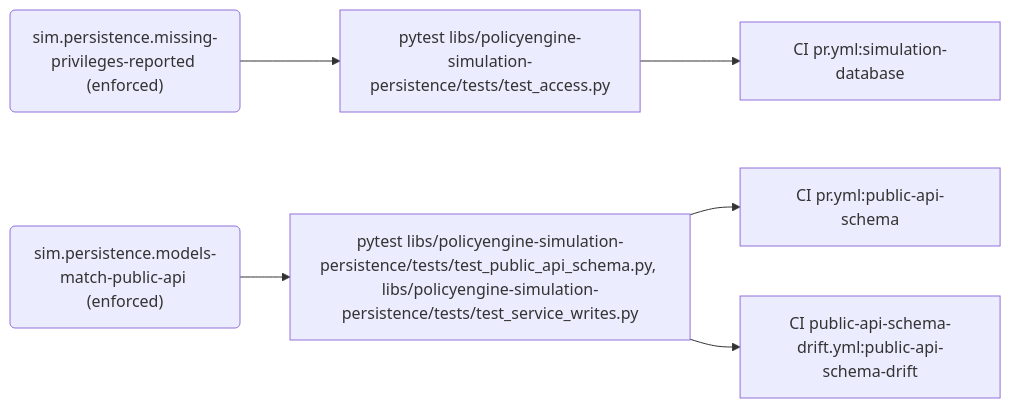
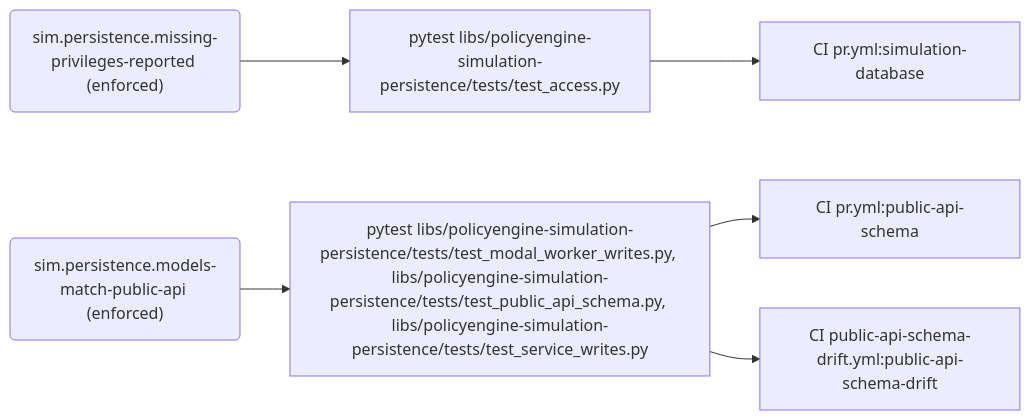
Before and after one commit to PolicyEngine/policyengine-sim-api: the third of 11 diagrams in docs/generated/rules.md, drawn with Mermaid. The commit also changed other lines of this file and 5 other files, not shown here.

````diff
--- a/docs/generated/rules.md
+++ b/docs/generated/rules.md
@@ -148,15 +148,15 @@
 ```mermaid
 flowchart LR
   r_sim_persistence_missing_privileges_reported("sim.persistence.missing-privileges-reported (enforced)")
   e_pytest_libs_policyengine_simulation_persistence_tests_test_access_py["pytest libs/policyengine-simulation-persistence/tests/test_access.py"]
   j_CI_pr_yml_simulation_database["CI pr.yml:simulation-database"]
   r_sim_persistence_models_match_public_api("sim.persistence.models-match-public-api (enforced)")
-  e_pytest_libs_policyengine_simulation_persistence_tests_test_public_api_schema_py__libs_policyengine_simulation_persistence_tests_test_service_writes_py["pytest libs/policyengine-simulation-persistence/tests/test_public_api_schema.py, libs/policyengine-simulation-persistence/tests/test_service_writes.py"]
+  e_pytest_libs_policyengine_simulation_persistence_tests_test_modal_worker_writes_py__libs_policyengine_simulation_persistence_tests_test_public_api_schema_py__libs_policyengine_simulation_persistence_tests_test_service_writes_py["pytest libs/policyengine-simulation-persistence/tests/test_modal_worker_writes.py, libs/policyengine-simulation-persistence/tests/test_public_api_schema.py, libs/policyengine-simulation-persistence/tests/test_service_writes.py"]
   j_CI_pr_yml_public_api_schema["CI pr.yml:public-api-schema"]
   j_CI_public_api_schema_drift_yml_public_api_schema_drift["CI public-api-schema-drift.yml:public-api-schema-drift"]
   r_sim_persistence_missing_privileges_reported --> e_pytest_libs_policyengine_simulation_persistence_tests_test_access_py
   e_pytest_libs_policyengine_simulation_persistence_tests_test_access_py --> j_CI_pr_yml_simulation_database
-  r_sim_persistence_models_match_public_api --> e_pytest_libs_policyengine_simulation_persistence_tests_test_public_api_schema_py__libs_policyengine_simulation_persistence_tests_test_service_writes_py
-  e_pytest_libs_policyengine_simulation_persistence_tests_test_public_api_schema_py__libs_policyengine_simulation_persistence_tests_test_service_writes_py --> j_CI_pr_yml_public_api_schema
-  e_pytest_libs_policyengine_simulation_persistence_tests_test_public_api_schema_py__libs_policyengine_simulation_persistence_tests_test_service_writes_py --> j_CI_public_api_schema_drift_yml_public_api_schema_drift
+  r_sim_persistence_models_match_public_api --> e_pytest_libs_policyengine_simulation_persistence_tests_test_modal_worker_writes_py__libs_policyengine_simulation_persistence_tests_test_public_api_schema_py__libs_policyengine_simulation_persistence_tests_test_service_writes_py
+  e_pytest_libs_policyengine_simulation_persistence_tests_test_modal_worker_writes_py__libs_policyengine_simulation_persistence_tests_test_public_api_schema_py__libs_policyengine_simulation_persistence_tests_test_service_writes_py --> j_CI_pr_yml_public_api_schema
+  e_pytest_libs_policyengine_simulation_persistence_tests_test_modal_worker_writes_py__libs_policyengine_simulation_persistence_tests_test_public_api_schema_py__libs_policyengine_simulation_persistence_tests_test_service_writes_py --> j_CI_public_api_schema_drift_yml_public_api_schema_drift
 ```
````
